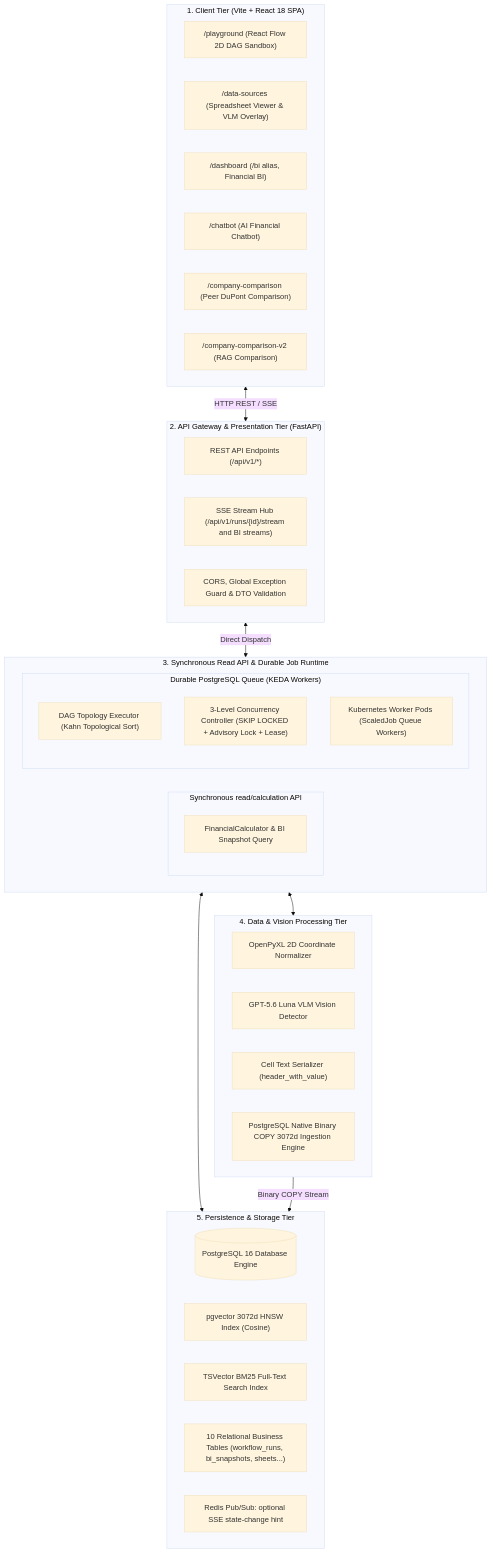
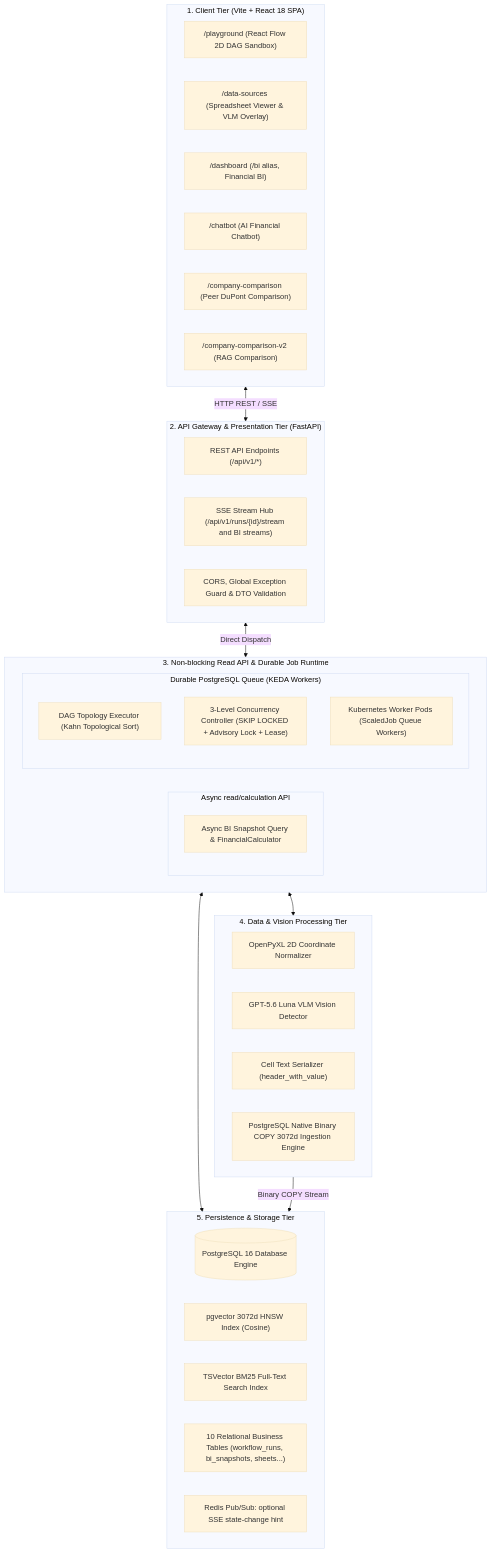
One commit to bist-mini-final/bist-mini-final changed the diagram in docs/final_report/03_system_architecture_and_design/SEC-301_system_topology_and_runtime.md. Above: the diagram before and after it, drawn with Mermaid (base theme). The commit also changed other lines of this file and 24 other files, not shown here.

````diff
--- a/docs/final_report/03_system_architecture_and_design/SEC-301_system_topology_and_runtime.md
+++ b/docs/final_report/03_system_architecture_and_design/SEC-301_system_topology_and_runtime.md
@@ -11,49 +11,49 @@
 ```mermaid
 flowchart TD
     subgraph ClientTier ["1. Client Tier (Vite + React 18 SPA)"]
         UI_PLAY["/playground (React Flow 2D DAG Sandbox)"]
         UI_DS["/data-sources (Spreadsheet Viewer & VLM Overlay)"]
         UI_BI["/dashboard (/bi alias, Financial BI)"]
         UI_CHAT["/chatbot (AI Financial Chatbot)"]
         UI_COMP["/company-comparison (Peer DuPont Comparison)"]
         UI_COMP_V2["/company-comparison-v2 (RAG Comparison)"]
     end
 
     subgraph ApiGatewayTier ["2. API Gateway & Presentation Tier (FastAPI)"]
         REST["REST API Endpoints (/api/v1/*)"]
         SSE["SSE Stream Hub (/api/v1/runs/{id}/stream and BI streams)"]
         AUTH["CORS, Global Exception Guard & DTO Validation"]
     end
 
-    subgraph ExecutionTier ["3. Synchronous Read API & Durable Job Runtime"]
-        subgraph ReadApi ["Synchronous read/calculation API"]
-            BI_CALC["FinancialCalculator & BI Snapshot Query"]
+    subgraph ExecutionTier ["3. Non-blocking Read API & Durable Job Runtime"]
+        subgraph ReadApi ["Async read/calculation API"]
+            BI_CALC["Async BI Snapshot Query & FinancialCalculator"]
         end
         subgraph DurableJobs ["Durable PostgreSQL Queue (KEDA Workers)"]
             DAG_EXEC["DAG Topology Executor (Kahn Topological Sort)"]
             LEASE["3-Level Concurrency Controller (SKIP LOCKED + Advisory Lock + Lease)"]
             KEDA_PODS["Kubernetes Worker Pods (ScaledJob Queue Workers)"]
         end
     end
 
     subgraph DataVisionEngine ["4. Data & Vision Processing Tier"]
         PARSER["OpenPyXL 2D Coordinate Normalizer"]
         LUNA_VLM["GPT-5.6 Luna VLM Vision Detector"]
         SERIALIZER["Cell Text Serializer (header_with_value)"]
         BINARY_COPY["PostgreSQL Native Binary COPY 3072d Ingestion Engine"]
     end
 
     subgraph PersistenceTier ["5. Persistence & Storage Tier"]
         PG_DB[("PostgreSQL 16 Database Engine")]
         PG_VEC["pgvector 3072d HNSW Index (Cosine)"]
         PG_FTS["TSVector BM25 Full-Text Search Index"]
         PG_TABLES["10 Relational Business Tables (workflow_runs, bi_snapshots, sheets...)"]
         REDIS["Redis Pub/Sub: optional SSE state-change hint"]
     end
 
     ClientTier <-->|HTTP REST / SSE| ApiGatewayTier
     ApiGatewayTier <-->|Direct Dispatch| ExecutionTier
     ExecutionTier <--> DataVisionEngine
     ExecutionTier <--> PersistenceTier
     DataVisionEngine -->|Binary COPY Stream| PersistenceTier
 ```
````
